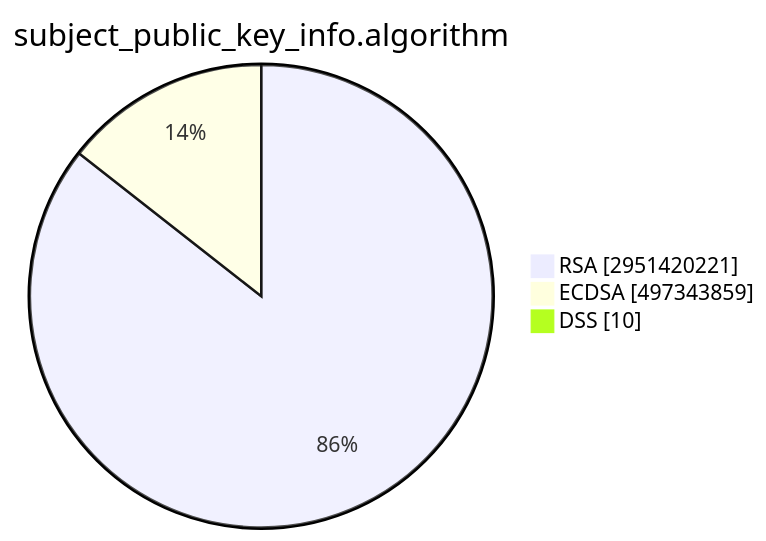
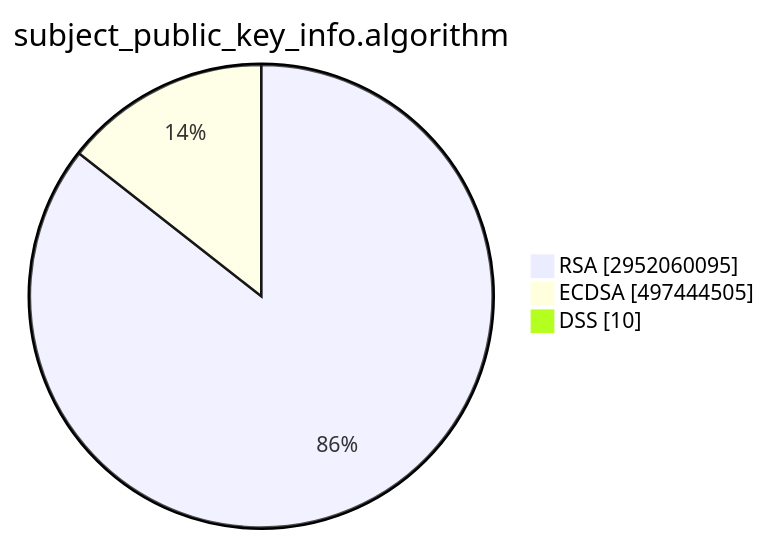
The second of 15 diagrams in TOTAL/README.md (christiankrug/ctmonitor_visualization), drawn with Mermaid before and after one commit. The commit also changed other lines of this file, not shown here.

````diff
--- a/TOTAL/README.md
+++ b/TOTAL/README.md
@@ -6,7 +6,7 @@
 ```mermaid
 pie showData
 title subject_public_key_info.algorithm
-"RSA" :2951420221
-"ECDSA" :497343859
+"RSA" :2952060095
+"ECDSA" :497444505
 "DSS" :10
 ```
````
